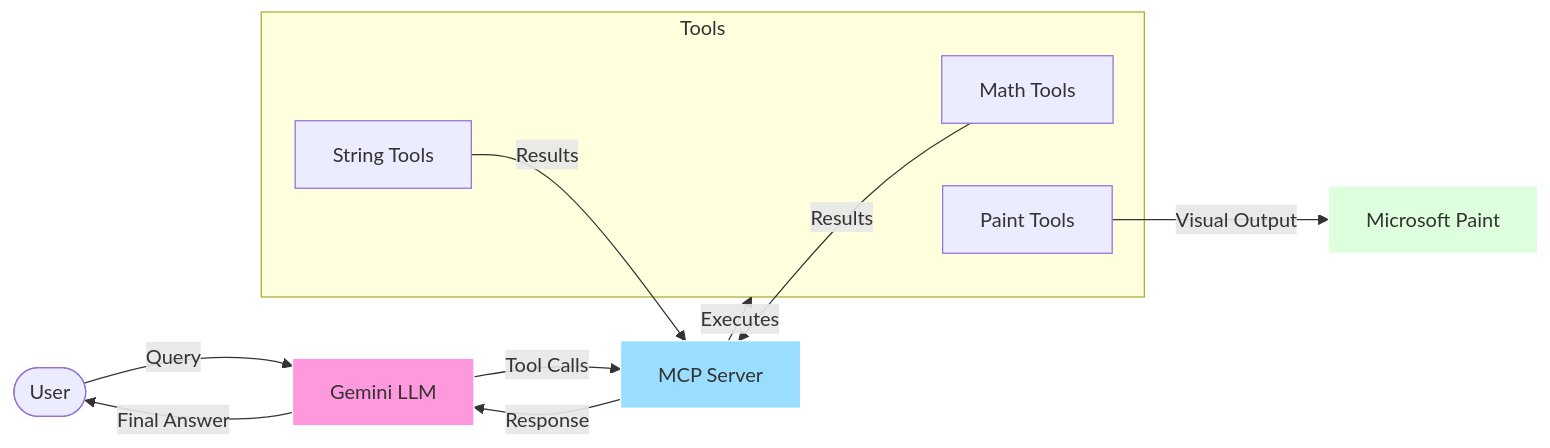
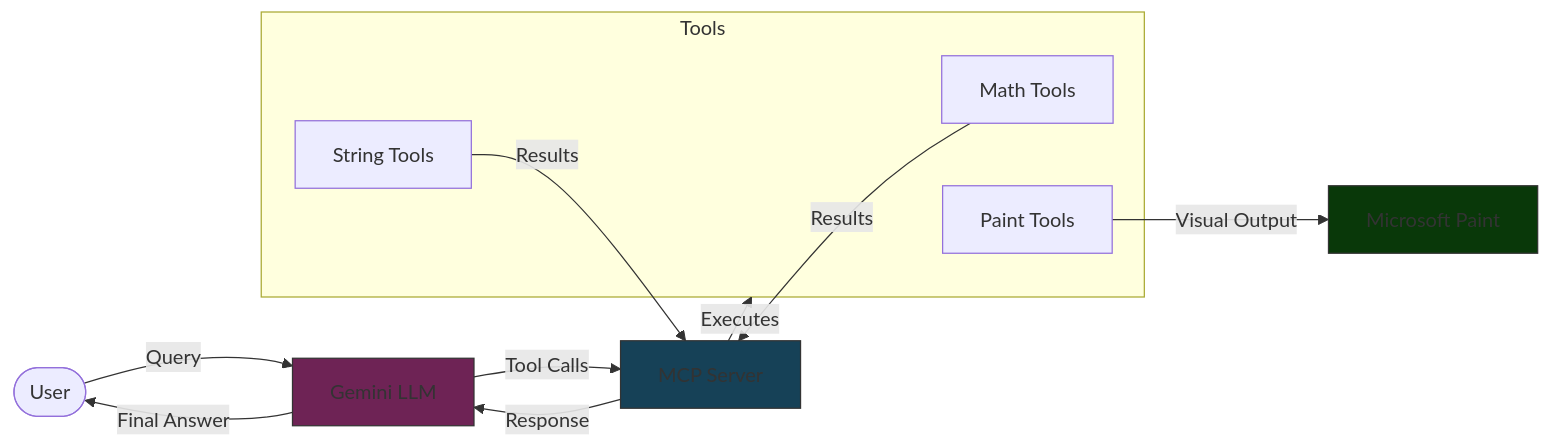
Before and after one commit to garima-mahato/ERA_V3: the first of 3 diagrams in Session25/README.md, drawn with Mermaid.

````diff
--- a/Session25/README.md
+++ b/Session25/README.md
@@ -11,23 +11,23 @@
 ```mermaid
 graph LR
     User([User]) --> |Query| LLM[Gemini LLM]
     LLM --> |Tool Calls| MCP[MCP Server]
     
     subgraph Tools
         Math[Math Tools]
         String[String Tools]
         Paint[Paint Tools]
     end
     
     MCP --> |Executes| Tools
     Math --> |Results| MCP
     String --> |Results| MCP
     Paint --> |Visual Output| MSPaint[Microsoft Paint]
     
     MCP --> |Response| LLM
     LLM --> |Final Answer| User
 
-    style LLM fill:#f9d,stroke:#fff
-    style MCP fill:#9df,stroke:#fff
-    style MSPaint fill:#dfd,stroke:#fff
+    style LLM fill:#6e2355,stroke:#333
+    style MCP fill:#164157,stroke:#333
+    style MSPaint fill:#093809,stroke:#333
 ```
````
